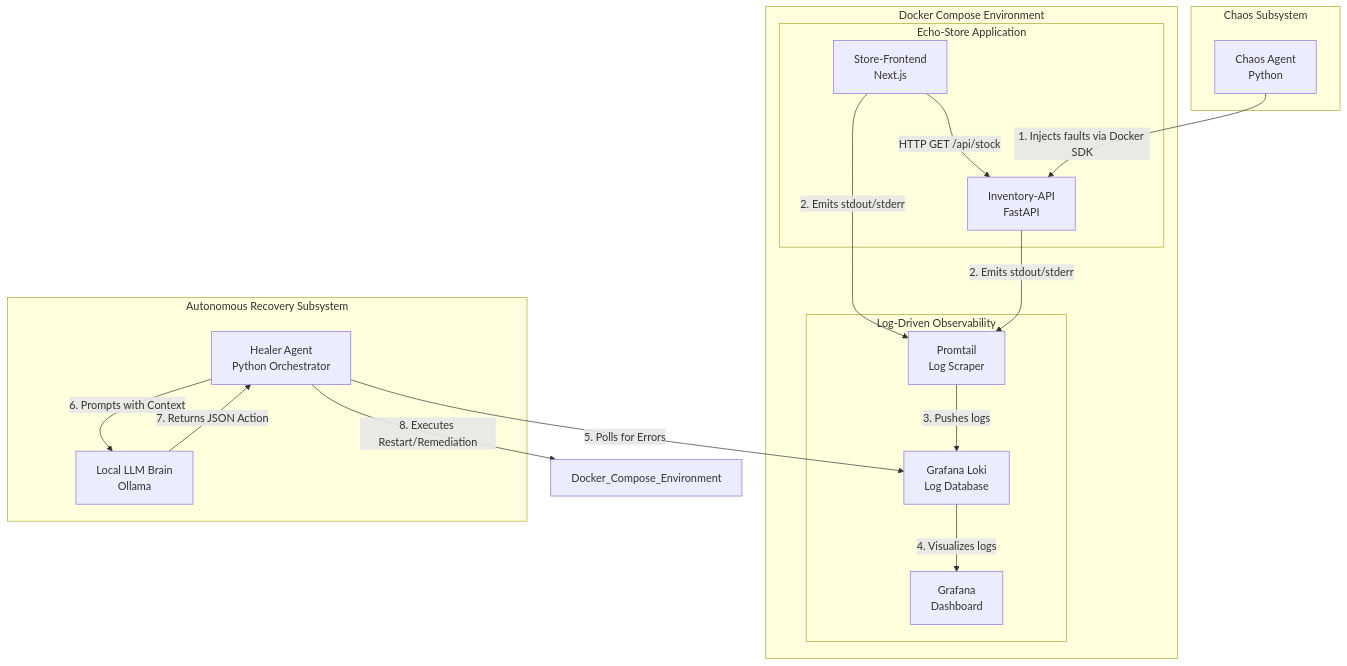
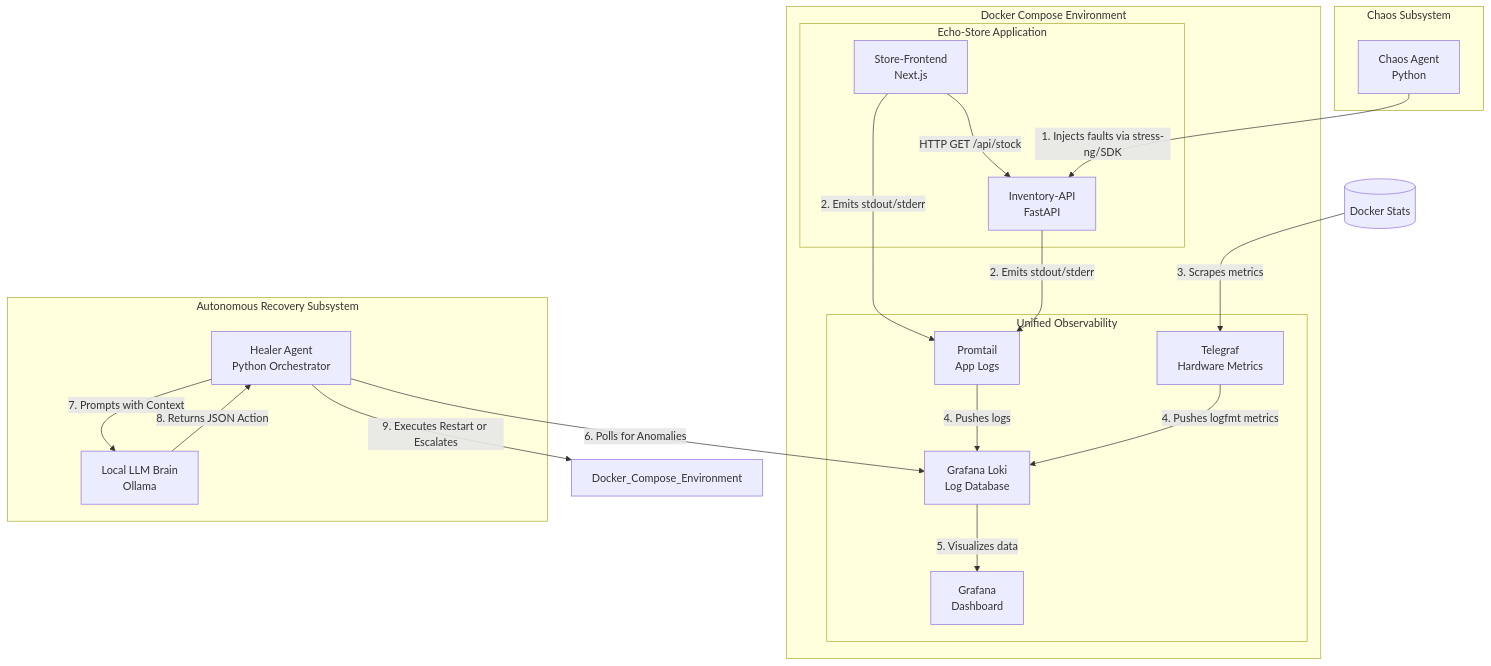
Before and after one commit to sedna08/chaos-and-recovery-agent: the first of 4 diagrams in docs/functional_design_document.md, drawn with Mermaid. The commit also changed other lines of this file and 1 other file, not shown here.

````diff
--- a/docs/functional_design_document.md
+++ b/docs/functional_design_document.md
@@ -21,36 +21,39 @@
 ```mermaid
 graph TB
     subgraph Docker Compose Environment
         subgraph Echo-Store Application
             Front[Store-Frontend\nNext.js]
             Back[Inventory-API\nFastAPI]
             Front -->|HTTP GET /api/stock| Back
         end
 
-        subgraph Log-Driven Observability
+        subgraph Unified Observability
             Loki[Grafana Loki\nLog Database]
-            Promtail[Promtail\nLog Scraper]
+            Promtail[Promtail\nApp Logs]
+            Telegraf[Telegraf\nHardware Metrics]
             Graf[Grafana\nDashboard]
         end
     end
 
     subgraph Chaos Subsystem
         CA[Chaos Agent\nPython]
     end
 
     subgraph Autonomous Recovery Subsystem
         HA[Healer Agent\nPython Orchestrator]
         LLM[Local LLM Brain\nOllama]
     end
 
-    CA -->|1. Injects faults via Docker SDK| Back
+    CA -->|1. Injects faults via stress-ng/SDK| Back
     Front -->|2. Emits stdout/stderr| Promtail
     Back -->|2. Emits stdout/stderr| Promtail
-    Promtail -->|3. Pushes logs| Loki
-    Loki -->|4. Visualizes logs| Graf
+    DockerSocket[(Docker Stats)] -->|3. Scrapes metrics| Telegraf
+    Promtail -->|4. Pushes logs| Loki
+    Telegraf -->|4. Pushes logfmt metrics| Loki
+    Loki -->|5. Visualizes data| Graf
 
-    HA -->|5. Polls for Errors| Loki
-    HA -->|6. Prompts with Context| LLM
-    LLM -->|7. Returns JSON Action| HA
-    HA -->|8. Executes Restart/Remediation| Docker_Compose_Environment
+    HA -->|6. Polls for Anomalies| Loki
+    HA -->|7. Prompts with Context| LLM
+    LLM -->|8. Returns JSON Action| HA
+    HA -->|9. Executes Restart or Escalates| Docker_Compose_Environment
 ```
````
